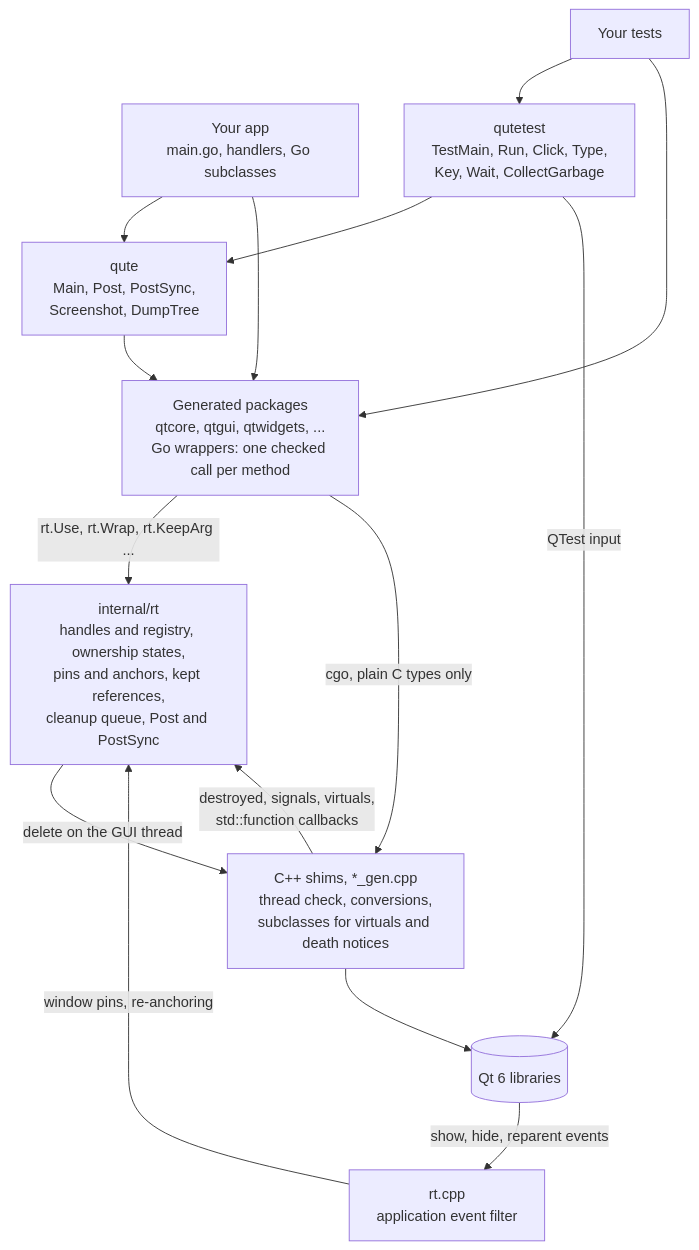
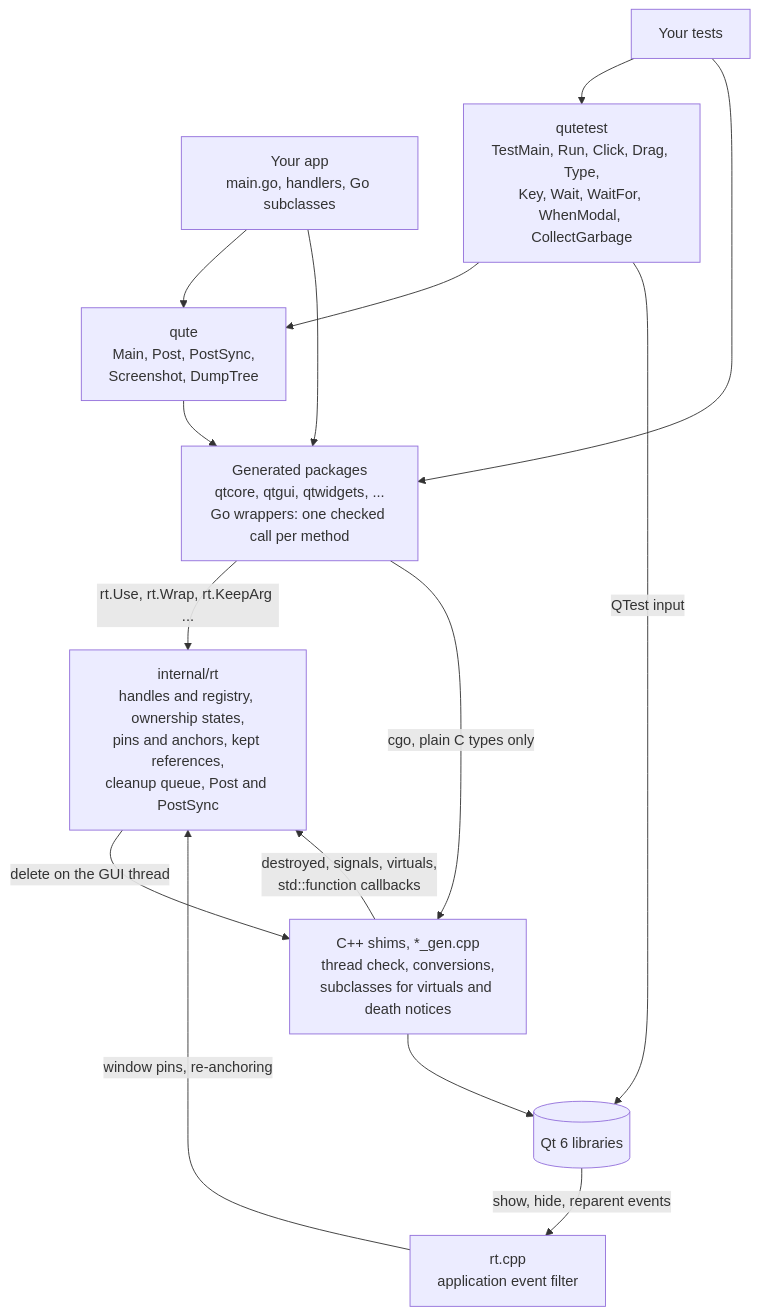
Before and after one commit to nomad-software/qute: the second of 6 diagrams in README.md, drawn with Mermaid. The commit also changed other lines of this file and 25 other files, not shown here.

````diff
--- a/README.md
+++ b/README.md
@@ -537,27 +548,27 @@
 ```mermaid
 flowchart TB
     app["Your app<br/>main.go, handlers, Go subclasses"]
     tests["Your tests"]
     qute["qute<br/>Main, Post, PostSync,<br/>Screenshot, DumpTree"]
-    qutetest["qutetest<br/>TestMain, Run, Click, Type,<br/>Key, Wait, CollectGarbage"]
+    qutetest["qutetest<br/>TestMain, Run, Click, Drag, Type,<br/>Key, Wait, WaitFor, WhenModal, CollectGarbage"]
     gen["Generated packages<br/>qtcore, qtgui, qtwidgets, ...<br/>Go wrappers: one checked call per method"]
     shim["C++ shims, *_gen.cpp<br/>thread check, conversions,<br/>subclasses for virtuals and death notices"]
     rt["internal/rt<br/>handles and registry, ownership states,<br/>pins and anchors, kept references,<br/>cleanup queue, Post and PostSync"]
     filter["rt.cpp<br/>application event filter"]
     qt[("Qt 6 libraries")]
 
     app --> qute
     app --> gen
     tests --> qutetest
     tests --> gen
     qutetest --> qute
     qutetest -- "QTest input" --> qt
     qute --> gen
     gen -- "rt.Use, rt.Wrap, rt.KeepArg ..." --> rt
     gen -- "cgo, plain C types only" --> shim
     shim --> qt
     shim -- "destroyed, signals, virtuals,<br/>std::function callbacks" --> rt
     qt -- "show, hide, reparent events" --> filter
     filter -- "window pins, re-anchoring" --> rt
     rt -- "delete on the GUI thread" --> shim
 ```
````
